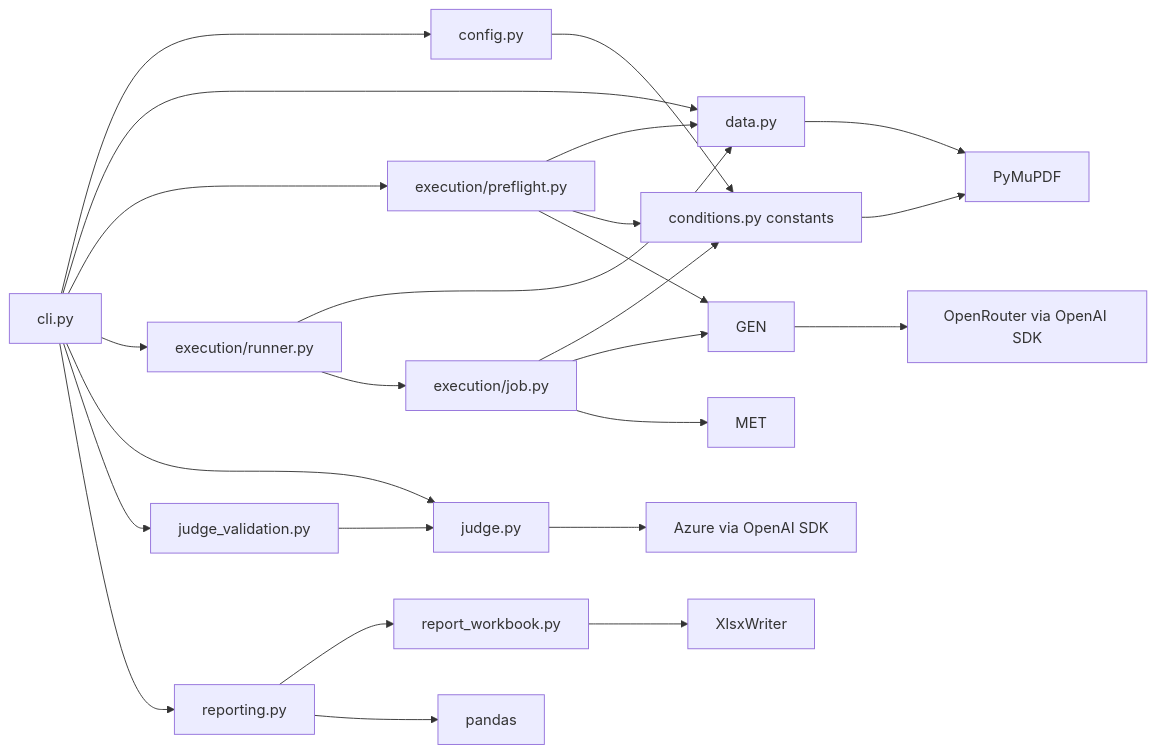
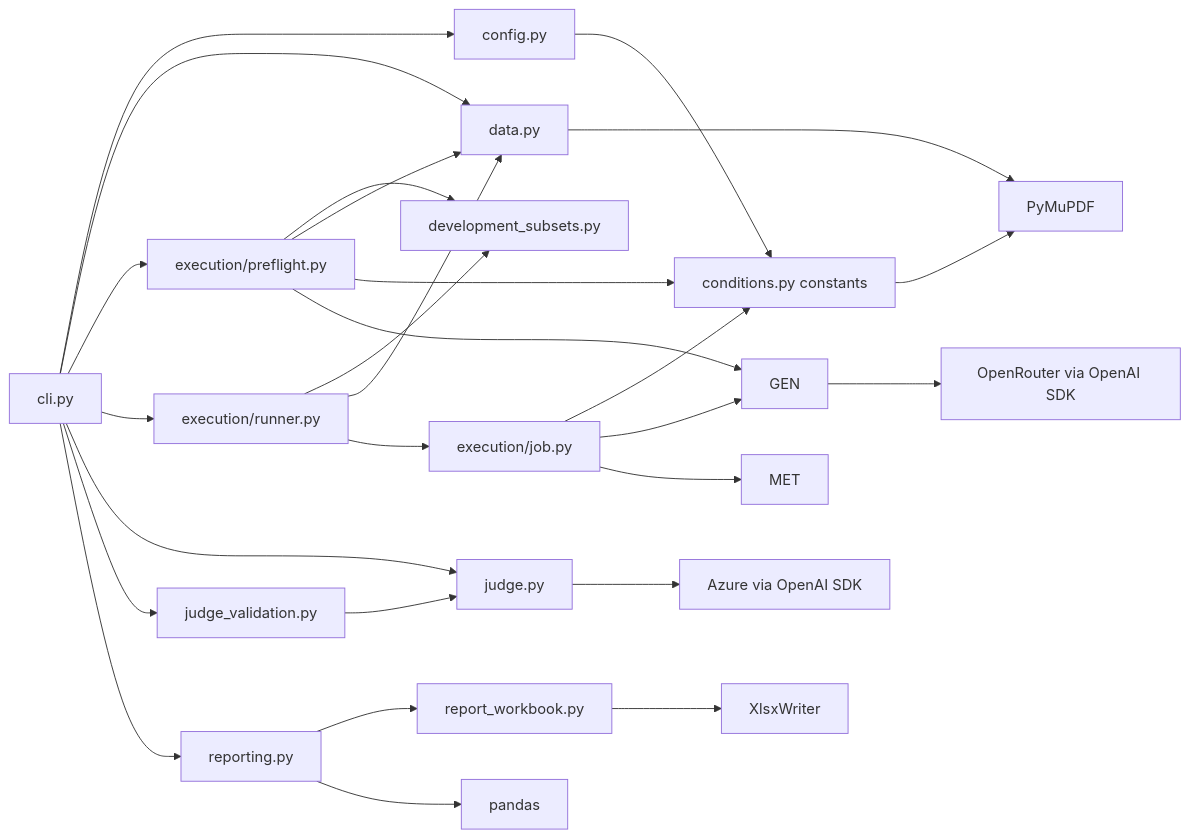
One commit to 14zhasim/Agentic_RAG changed the second of 11 diagrams in docs sys design/benchmark/FinanceBench Implementation Guide.md. Above: the diagram before and after it, drawn with Mermaid. The commit also changed other lines of this file and 13 other files, not shown here.

Commit message:
feat: add reproducible development subsets

````diff
--- a/docs sys design/benchmark/FinanceBench Implementation Guide.md
+++ b/docs sys design/benchmark/FinanceBench Implementation Guide.md
@@ -181,27 +183,29 @@
 ```mermaid
 flowchart LR
     CLI[cli.py] --> CONFIG[config.py]
     CLI[cli.py] --> DATA[data.py]
     CLI --> PREFLIGHT[execution/preflight.py]
     CLI --> RUN[execution/runner.py]
     CLI --> JUDGE[judge.py]
     CLI --> JV[judge_validation.py]
     CLI --> REPORT[reporting.py]
     REPORT --> BOOK[report_workbook.py]
     CONFIG --> COND[conditions.py constants]
+    PREFLIGHT --> SUBSET[development_subsets.py]
+    RUN --> SUBSET
     PREFLIGHT --> DATA
     PREFLIGHT --> COND
     PREFLIGHT --> GEN
     RUN --> DATA
     RUN --> JOB[execution/job.py]
     JOB --> COND
     JOB --> GEN
     JOB --> MET
     COND --> PDF[PyMuPDF]
     DATA --> PDF
     GEN --> OR[OpenRouter via OpenAI SDK]
     JV --> JUDGE
     JUDGE --> AZ[Azure via OpenAI SDK]
     REPORT --> PD[pandas]
     BOOK --> XLSX[XlsxWriter]
 ```
````
